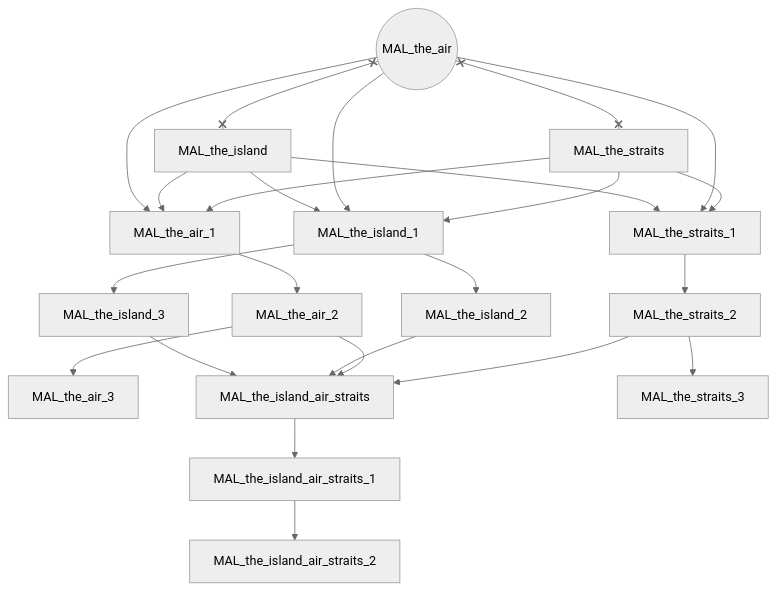
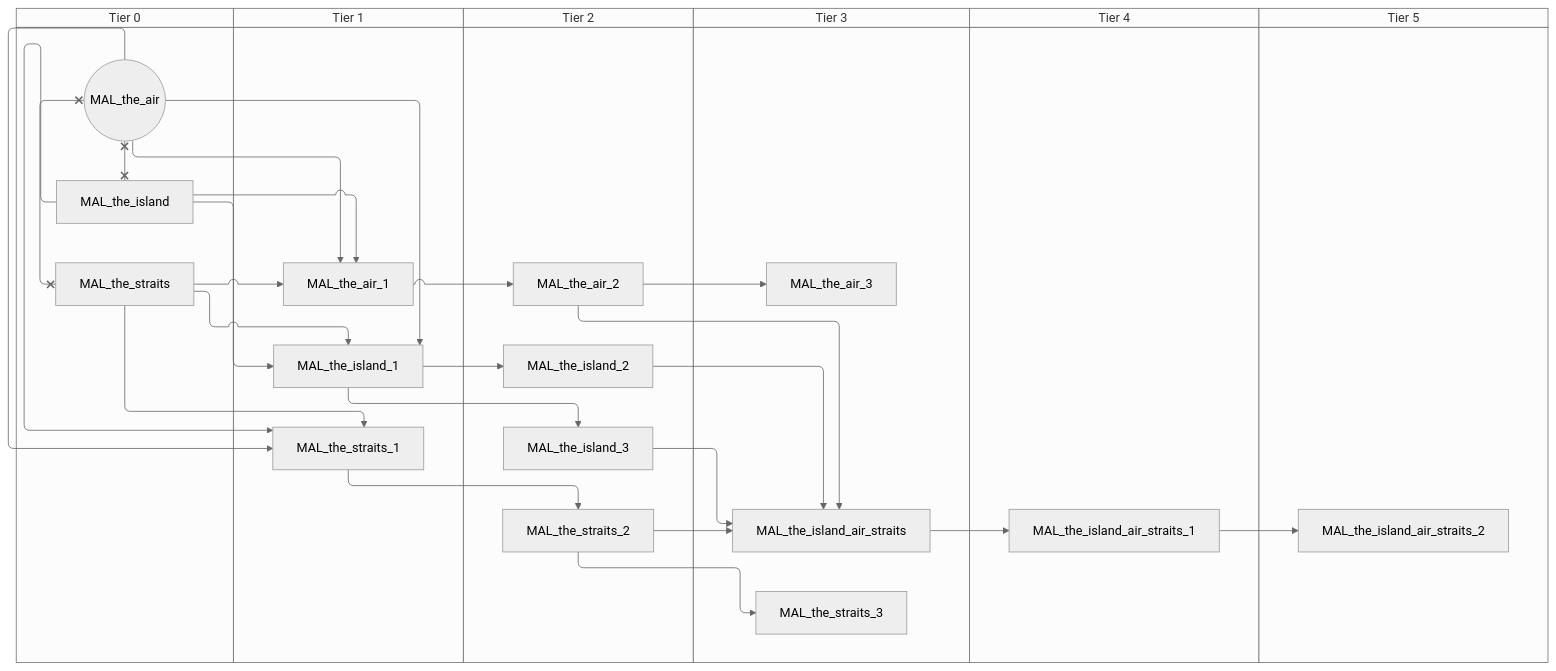
One commit to evgeny-sobol/hoi4-sandbox-mode-r56 changed the fourth of 7 diagrams in docs/gdd/National Focuses/r56/malaysia.md. Above: the diagram before and after it, drawn with Mermaid (neutral theme). The commit also changed other lines of this file and 423 other files, not shown here.

First line of the commit message:
Re-export Rt56 focus trees as swimlane diagrams

````diff
--- a/docs/gdd/National Focuses/r56/malaysia.md
+++ b/docs/gdd/National Focuses/r56/malaysia.md
@@ -161,41 +191,53 @@
 ```mermaid
-flowchart TD
-    n60(("MAL_the_air"))
-    n61["MAL_the_air_1"]
-    n62["MAL_the_air_2"]
-    n63["MAL_the_air_3"]
-    n64["MAL_the_island"]
-    n65["MAL_the_island_1"]
-    n66["MAL_the_island_2"]
-    n67["MAL_the_island_3"]
-    n68["MAL_the_island_air_straits"]
-    n69["MAL_the_island_air_straits_1"]
-    n70["MAL_the_island_air_straits_2"]
-    n71["MAL_the_straits"]
-    n72["MAL_the_straits_1"]
-    n73["MAL_the_straits_2"]
-    n74["MAL_the_straits_3"]
-    n60 --> n61
-    n64 --> n61
-    n71 --> n61
-    n61 --> n62
+swimlane-beta TD
+    subgraph tier_0["Tier 0"]
+        n60(("MAL_the_air"))
+        n61["MAL_the_island"]
+        n62["MAL_the_straits"]
+    end
+    subgraph tier_1["Tier 1"]
+        n63["MAL_the_air_1"]
+        n64["MAL_the_island_1"]
+        n65["MAL_the_straits_1"]
+    end
+    subgraph tier_2["Tier 2"]
+        n66["MAL_the_air_2"]
+        n67["MAL_the_island_2"]
+        n68["MAL_the_island_3"]
+        n69["MAL_the_straits_2"]
+    end
+    subgraph tier_3["Tier 3"]
+        n70["MAL_the_air_3"]
+        n71["MAL_the_island_air_straits"]
+        n72["MAL_the_straits_3"]
+    end
+    subgraph tier_4["Tier 4"]
+        n73["MAL_the_island_air_straits_1"]
+    end
+    subgraph tier_5["Tier 5"]
+        n74["MAL_the_island_air_straits_2"]
+    end
+    n60 --> n63
+    n61 --> n63
     n62 --> n63
-    n64 --> n65
+    n63 --> n66
+    n66 --> n70
+    n61 --> n64
+    n60 --> n64
+    n62 --> n64
+    n64 --> n67
+    n64 --> n68
+    n68 --> n71
+    n67 --> n71
+    n66 --> n71
+    n69 --> n71
+    n71 --> n73
+    n73 --> n74
+    n61 --> n65
     n60 --> n65
-    n71 --> n65
-    n65 --> n66
-    n65 --> n67
-    n67 --> n68
-    n66 --> n68
-    n62 --> n68
-    n73 --> n68
-    n68 --> n69
-    n69 --> n70
-    n64 --> n72
-    n60 --> n72
-    n71 --> n72
-    n72 --> n73
-    n73 --> n74
-    n60 x--x n64
-    n60 x--x n71
+    n62 --> n65
+    n65 --> n69
+    n69 --> n72
+    n60 x--x n61
+    n60 x--x n62
 ```
````
